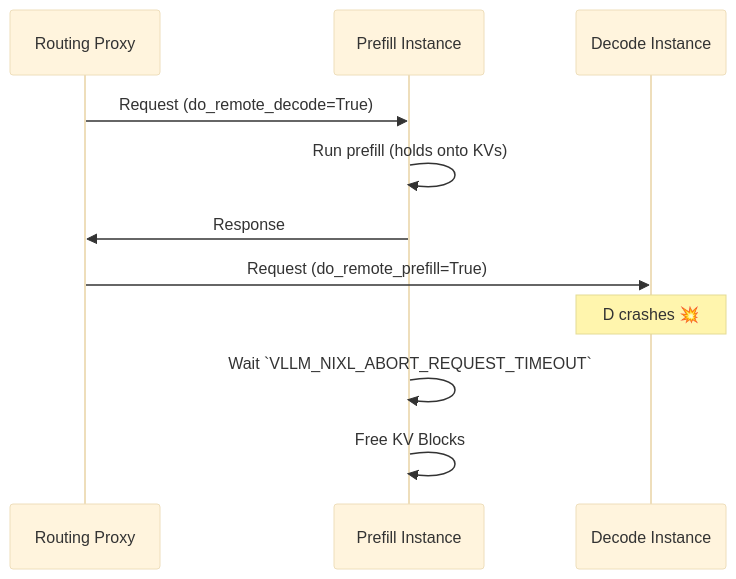
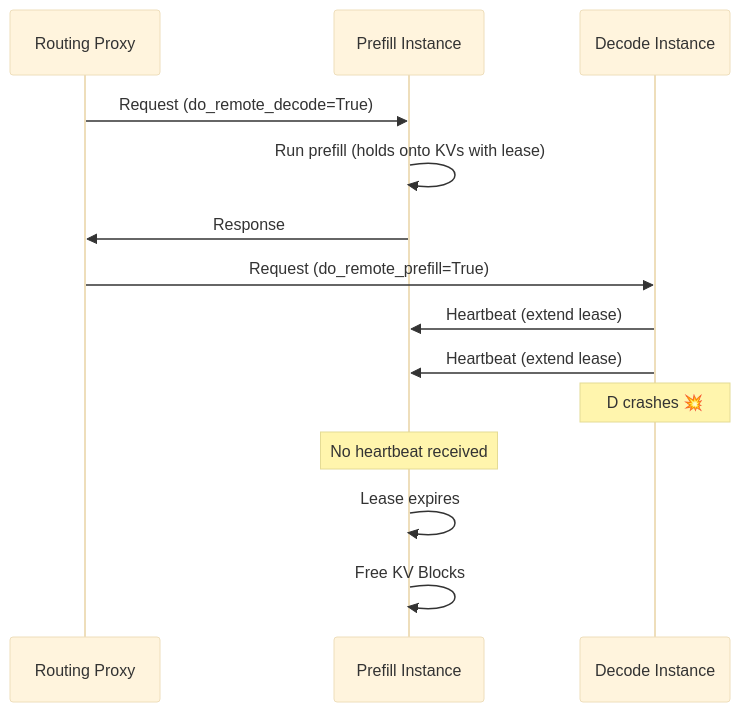
One commit to Ibrahim2595/llm-d changed the fourth of 4 diagrams in website/docs/architecture/advanced/disaggregation/operations-vllm.md. Above: the diagram before and after it, drawn with Mermaid (base theme). The commit also changed other lines of this file and 10 other files, not shown here.

````diff
--- a/website/docs/architecture/advanced/disaggregation/operations-vllm.md
+++ b/website/docs/architecture/advanced/disaggregation/operations-vllm.md
@@ -159,16 +161,18 @@
 ```mermaid
 sequenceDiagram
     participant R as Routing Proxy
     participant P as Prefill Instance
     participant D as Decode Instance
 
     R->>P: Request (do_remote_decode=True)
-    P->>P: Run prefill (holds onto KVs)
+    P->>P: Run prefill (holds onto KVs with lease)
     P->>R: Response
 
     R->>D: Request (do_remote_prefill=True)
+    D->>P: Heartbeat (extend lease)
+    D->>P: Heartbeat (extend lease)
     note over D: D crashes 💥
-
-    P->>P: Wait `VLLM_NIXL_ABORT_REQUEST_TIMEOUT`
+    note over P: No heartbeat received
+    P->>P: Lease expires
     P->>P: Free KV Blocks
 ```
````
